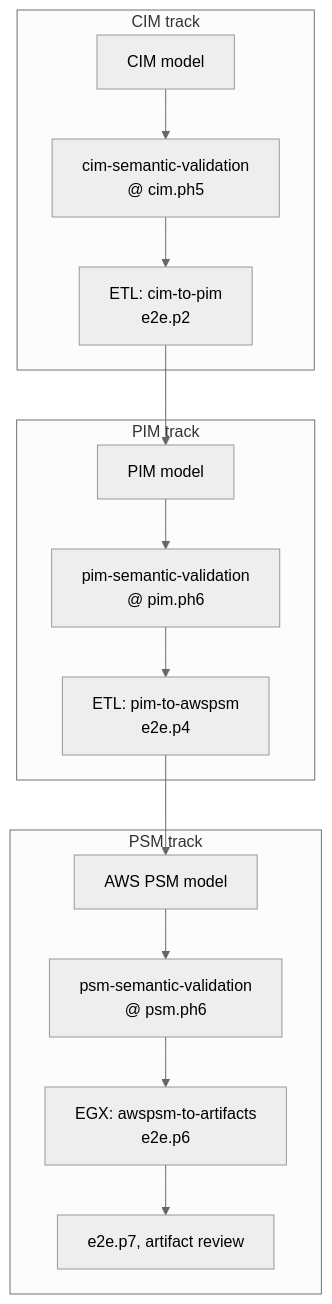
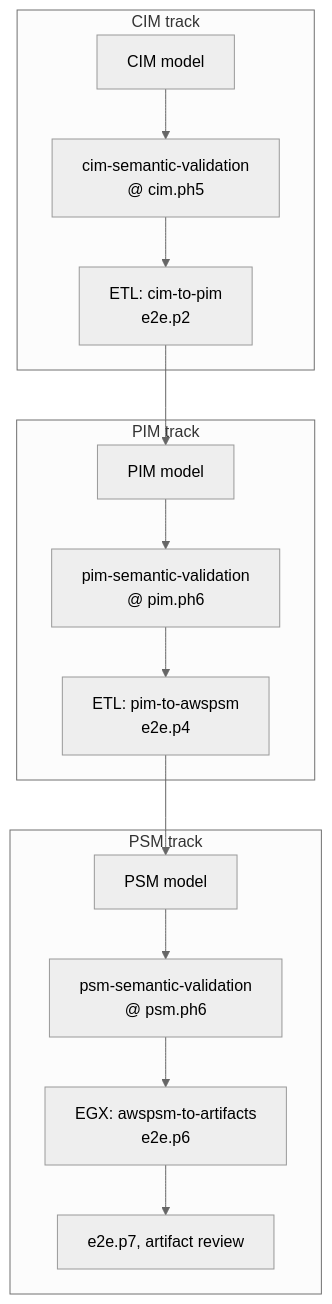
The second of 3 diagrams in docs/diagrams/27-end-to-end-methodology.md (mehdieidi/modriss), drawn with Mermaid (neutral theme) before and after one commit. The commit also changed other lines of this file and 193 other files, not shown here.

Commit message:
docs: change aws psm to psm

````diff
--- a/docs/diagrams/27-end-to-end-methodology.md
+++ b/docs/diagrams/27-end-to-end-methodology.md
@@ -38,25 +38,25 @@
 ```mermaid
 flowchart TB
     subgraph cim["CIM track"]
         CIM["CIM model"]
         EVL_CIM["cim-semantic-validation<br/>@ cim.ph5"]
         ETL_CP["ETL: cim-to-pim<br/>e2e.p2"]
     end
 
     subgraph pim["PIM track"]
         PIM["PIM model"]
         EVL_PIM["pim-semantic-validation<br/>@ pim.ph6"]
         ETL_PP["ETL: pim-to-awspsm<br/>e2e.p4"]
     end
 
     subgraph psm["PSM track"]
-        PSM["AWS PSM model"]
+        PSM["PSM model"]
         EVL_PSM["psm-semantic-validation<br/>@ psm.ph6"]
         M2T["EGX: awspsm-to-artifacts<br/>e2e.p6"]
         ART["e2e.p7, artifact review"]
     end
 
     CIM --> EVL_CIM --> ETL_CP --> PIM
     PIM --> EVL_PIM --> ETL_PP --> PSM
     PSM --> EVL_PSM --> M2T --> ART
 ```
````
